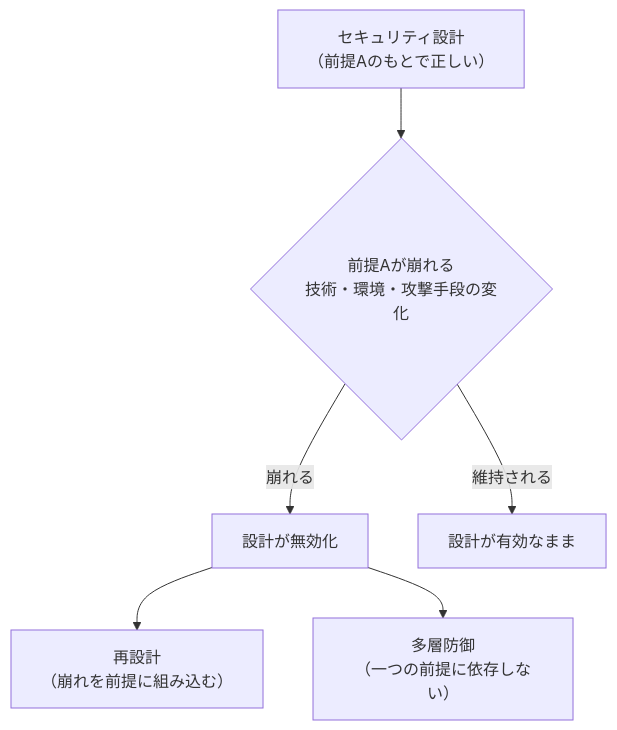
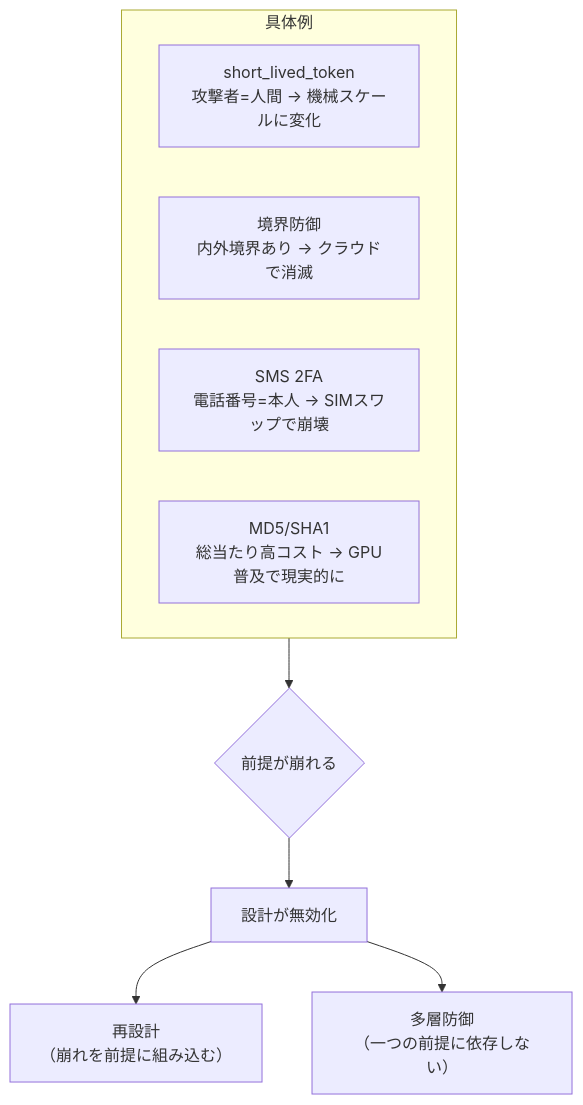
The diagram in map/threat-model-assumption-collapse.md (Bassiy/share_knowledge), drawn with Mermaid before and after one commit. The commit also changed other lines of this file, not shown here.

Commit message:
sync: update from info repo

````diff
--- a/map/threat-model-assumption-collapse.md
+++ b/map/threat-model-assumption-collapse.md
@@ -42,9 +33,14 @@
 ```mermaid
 flowchart TD
-    A["セキュリティ設計\n（前提Aのもとで正しい）"]
-    --> B{"前提Aが崩れる\n技術・環境・攻撃手段の変化"}
-    B -->|崩れる| C["設計が無効化"]
-    B -->|維持される| D["設計が有効なまま"]
-    C --> E["再設計\n（崩れを前提に組み込む）"]
-    C --> F["多層防御\n（一つの前提に依存しない）"]
+    subgraph EX["具体例"]
+        E1["short_lived_token\n攻撃者=人間 → 機械スケールに変化"]
+        E2["境界防御\n内外境界あり → クラウドで消滅"]
+        E3["SMS 2FA\n電話番号=本人 → SIMスワップで崩壊"]
+        E4["MD5/SHA1\n総当たり高コスト → GPU普及で現実的に"]
+    end
+
+    EX --> B{"前提が崩れる"}
+    B --> C["設計が無効化"]
+    C --> R1["再設計\n（崩れを前提に組み込む）"]
+    C --> R2["多層防御\n（一つの前提に依存しない）"]
 ```
````
